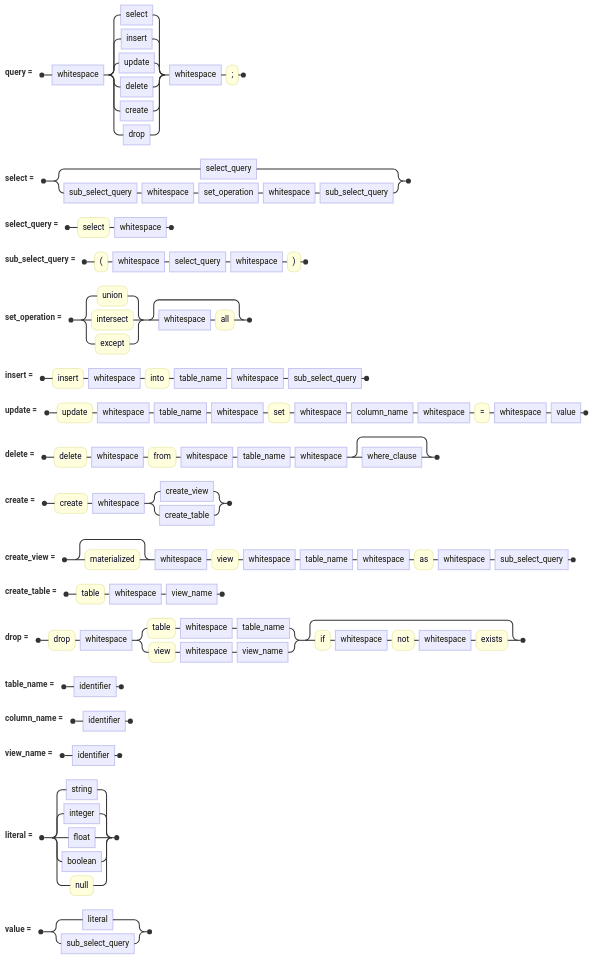
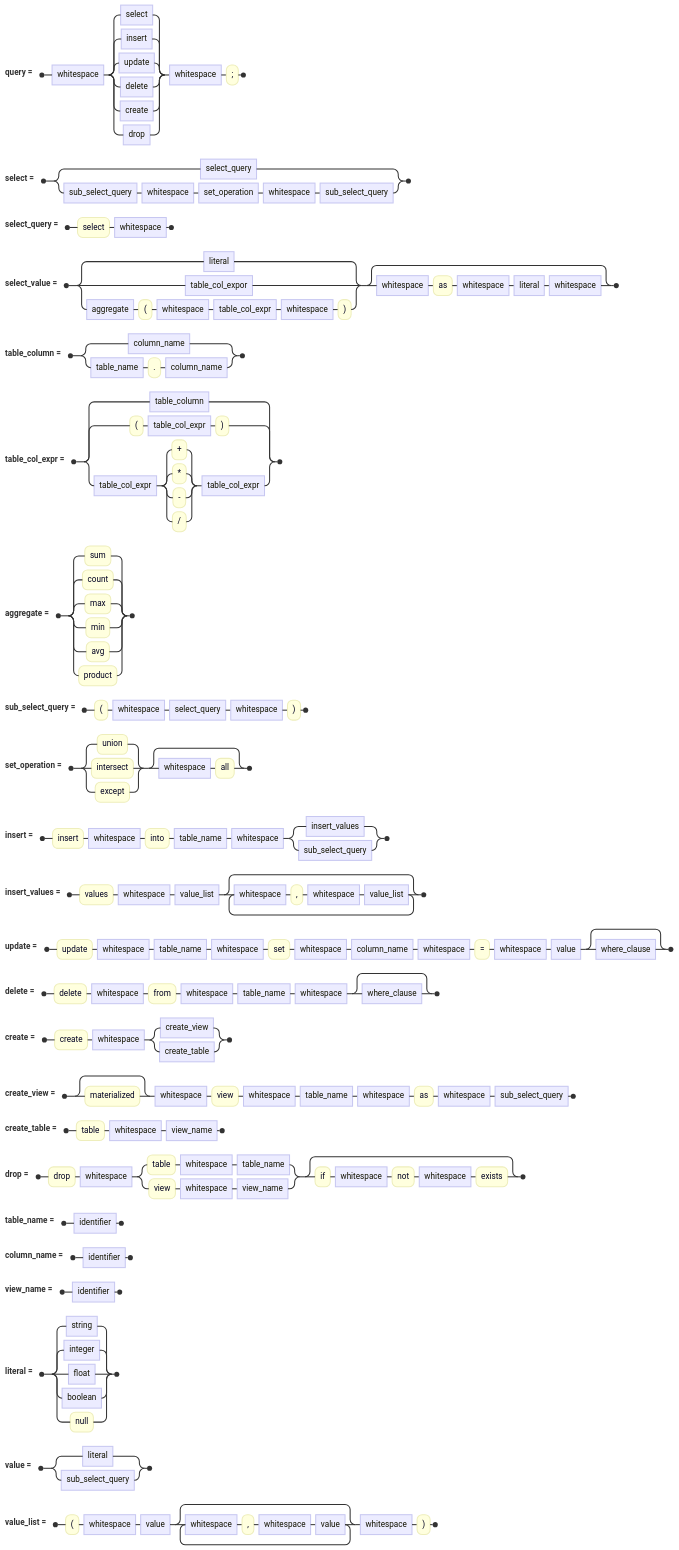
One commit to adityarao2005/database changed the diagram in docs/design/sql_query_parser.md. Above: the diagram before and after it, drawn with Mermaid.

Commit message:
docs: enhance SQL query grammar with support for select, insert, update, and delete operations

````diff
--- a/docs/design/sql_query_parser.md
+++ b/docs/design/sql_query_parser.md
@@ -176,30 +176,47 @@
 ```mermaid
 railroad-ebnf-beta
     title Expression Grammar
 
     query = whitespace (select | insert | update | delete | create | drop) whitespace ";";
     
+    %% done
     select = select_query | sub_select_query whitespace set_operation whitespace sub_select_query;
+    
     select_query = "select" whitespace ;
+    select_value = (literal | table_col_expor | aggregate "(" whitespace table_col_expr whitespace ")") (whitespace "as" whitespace literal whitespace)?;
+    table_column = column_name | (table_name "." column_name);
+    table_col_expr = table_column | ("(" table_col_expr ")") | table_col_expr ("+" | "*" | "-" | "/") table_col_expr;
+    aggregate = "sum" | "count" | "max" | "min" | "avg" | "product";
+    %% done
     sub_select_query = "(" whitespace select_query whitespace ")";
+    %%done
     set_operation = ("union" | "intersect" | "except") (whitespace "all")?;
 
-    insert = "insert" whitespace "into" table_name whitespace sub_select_query;
+    %% done
+    insert = "insert" whitespace "into" table_name whitespace (insert_values | sub_select_query);
+    insert_values = "values" whitespace value_list (whitespace "," whitespace value_list)*;
 
-    update = "update" whitespace table_name whitespace "set" whitespace column_name whitespace "=" whitespace value;
+    %% done
+    update = "update" whitespace table_name whitespace "set" whitespace column_name whitespace "=" whitespace value where_clause?;
 
+    %% done
     delete = "delete" whitespace "from" whitespace table_name whitespace where_clause?;
 
+    %% done
     create = "create" whitespace (create_view | create_table);
+    %% done
     create_view = "materialized"? whitespace "view" whitespace table_name whitespace "as" whitespace sub_select_query;
+    
     create_table = "table" whitespace view_name;
 
+    %% done
     drop = "drop" whitespace ("table" whitespace table_name | "view" whitespace view_name) ("if" whitespace "not" whitespace "exists")?;
 
     table_name = identifier;
     column_name = identifier;
     view_name = identifier;
     
     literal = string | integer | float | boolean | "null";
     value = literal | sub_select_query;
+    value_list = "(" whitespace value (whitespace "," whitespace value)* whitespace ")";
 ```
````
